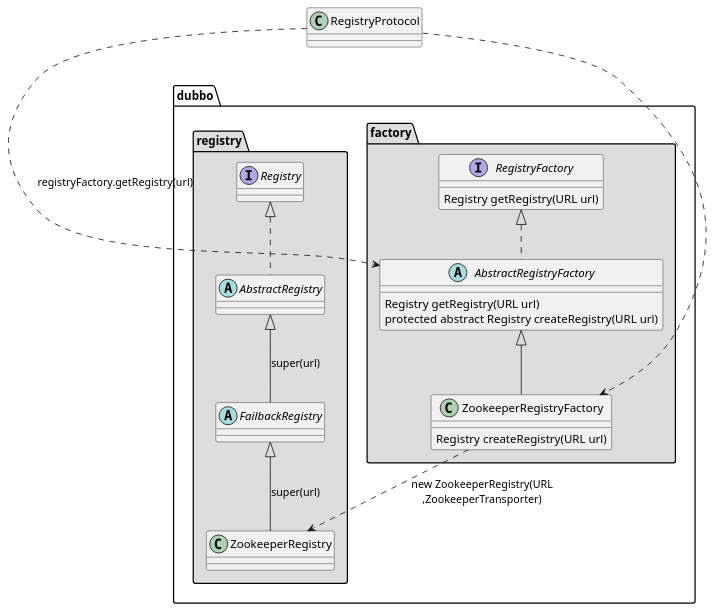
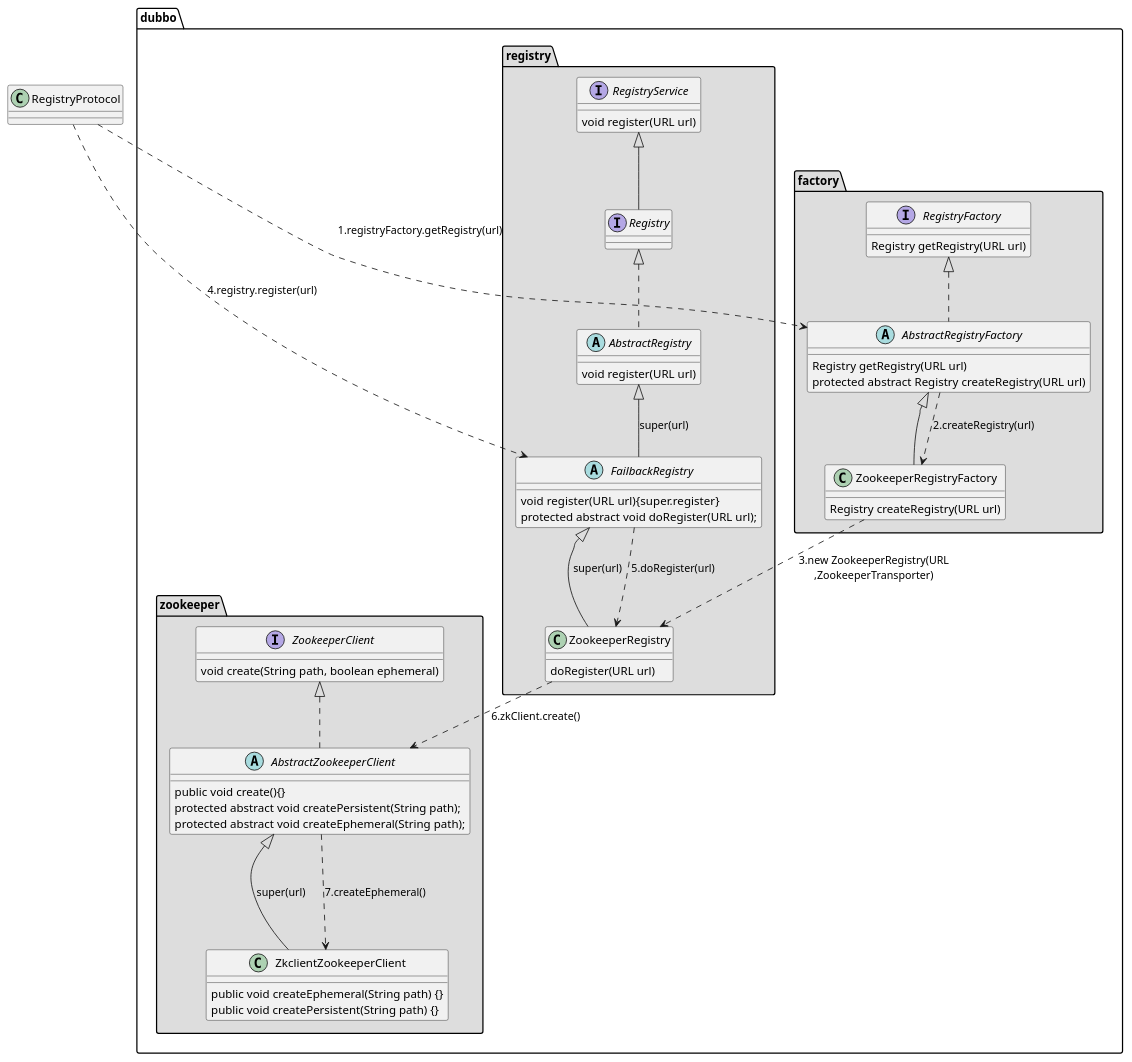
The diagram in uml/dubbo/protocol-export-invoker-class2.puml (newbigTech/myDesignPattern), drawn with PlantUML before and after one commit.

Commit message:
uml图

```diff
--- a/uml/dubbo/protocol-export-invoker-class2.puml
+++ b/uml/dubbo/protocol-export-invoker-class2.puml
@@ -1,39 +1,75 @@
 @startuml
 'http://blog.javachen.com/2016/02/29/plantuml-class-diagram.html
 '泛化，Generalization：<|--
 '关联，Association：<--
 '组合，Composition：*--
 '聚合，Aggregation：o--
 '实现，Realization：<|..
 '依赖，Dependency：<..
 
 class RegistryProtocol
 
 namespace dubbo.factory #DDDDDD {
     interface RegistryFactory{
         Registry getRegistry(URL url)
     }
     abstract class AbstractRegistryFactory {
     Registry getRegistry(URL url)
         protected abstract Registry createRegistry(URL url)
     }
     class ZookeeperRegistryFactory {
         Registry createRegistry(URL url)
     }
     RegistryFactory<|.. AbstractRegistryFactory
     AbstractRegistryFactory<|-- ZookeeperRegistryFactory
 }
 
 namespace dubbo.registry #DDDDDD {
+    interface RegistryService{
+        void register(URL url)
+    }
     interface Registry
-    abstract class AbstractRegistry
-    abstract class FailbackRegistry
-    class ZookeeperRegistry
+    abstract class AbstractRegistry {
+        void register(URL url)
+    }
+    abstract class FailbackRegistry {
+        void register(URL url){super.register}
+        protected abstract void doRegister(URL url);
+    }
+    class ZookeeperRegistry {
+        doRegister(URL url)
+    }
+    RegistryService<|-- Registry
     Registry<|.. AbstractRegistry
     AbstractRegistry<|-- FailbackRegistry:super(url)
     FailbackRegistry<|-- ZookeeperRegistry:super(url)
 }
-RegistryProtocol...>dubbo.factory.AbstractRegistryFactory:registryFactory.getRegistry(url)
-RegistryProtocol....>dubbo.factory.ZookeeperRegistryFactory
-dubbo.factory.ZookeeperRegistryFactory..> dubbo.registry.ZookeeperRegistry:new ZookeeperRegistry(URL\n,ZookeeperTransporter)
+
+namespace dubbo.zookeeper #DDDDDD {
+    interface ZookeeperClient{
+    void create(String path, boolean ephemeral)
+    }
+    abstract class AbstractZookeeperClient{
+        public void create(){}
+        protected abstract void createPersistent(String path);
+        protected abstract void createEphemeral(String path);
+    }
+    class ZkclientZookeeperClient{
+        public void createEphemeral(String path) {}
+        public void createPersistent(String path) {}
+    }
+    ZookeeperClient<|.. AbstractZookeeperClient
+    AbstractZookeeperClient<|-- ZkclientZookeeperClient:super(url)
+}
+
+RegistryProtocol...>dubbo.factory.AbstractRegistryFactory:1.registryFactory.getRegistry(url)
+dubbo.factory.AbstractRegistryFactory..>dubbo.factory.ZookeeperRegistryFactory:2.createRegistry(url)
+dubbo.factory.ZookeeperRegistryFactory..> dubbo.registry.ZookeeperRegistry:3.new ZookeeperRegistry(URL\n,ZookeeperTransporter)
+RegistryProtocol..> dubbo.registry.FailbackRegistry:4.registry.register(url)
+dubbo.registry.FailbackRegistry..>dubbo.registry.ZookeeperRegistry:5.doRegister(url)
+
+dubbo.registry.ZookeeperRegistry..>dubbo.zookeeper.AbstractZookeeperClient:6.zkClient.create()
+dubbo.zookeeper.AbstractZookeeperClient...>dubbo.zookeeper.ZkclientZookeeperClient:7.createEphemeral()
+
+
 @enduml
```
